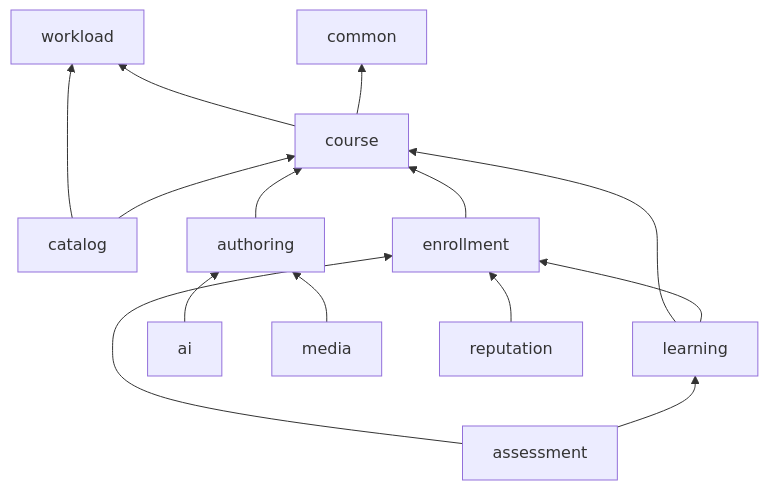
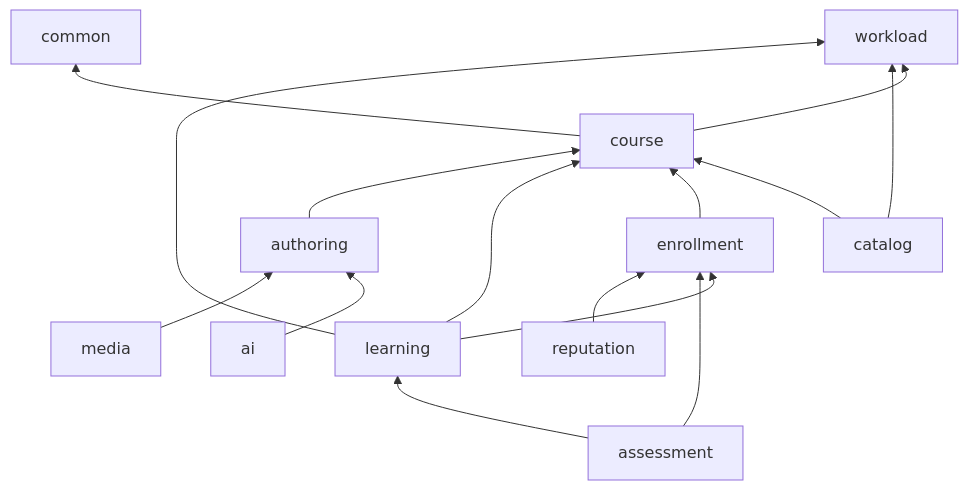
The second of 3 diagrams in docs/architecture/overview.md (wasichai/elearning-backend), drawn with Mermaid before and after one commit. The commit also changed 11 other files, not shown here.

````diff
--- a/docs/architecture/overview.md
+++ b/docs/architecture/overview.md
@@ -111,18 +111,19 @@
 ```mermaid
 flowchart BT
     common
     workload
     course --> common
     course --> workload
     catalog --> course
     catalog --> workload
     enrollment --> course
     learning --> enrollment
     learning --> course
+    learning --> workload
     assessment --> learning
     assessment --> enrollment
     authoring --> course
     ai --> authoring
     media --> authoring
     reputation --> enrollment
 ```
````
